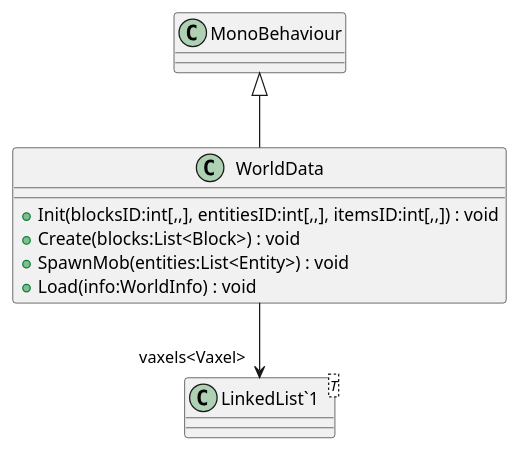
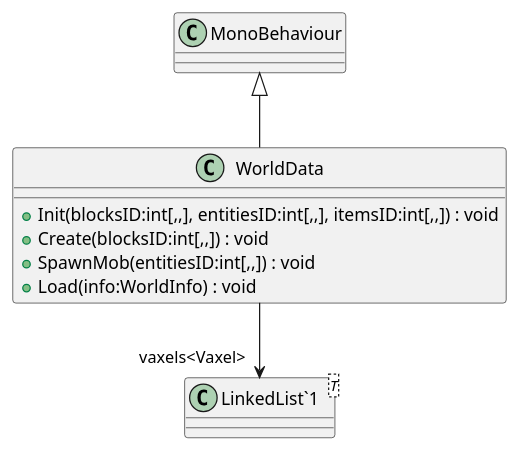
The diagram in plantuml/Scripts/Window/Play/World/WorldData.puml (Tanso-mct/Unity-Minecraft), drawn with PlantUML before and after one commit. The commit also changed 9 other files, not shown here.

Commit message:
[update]クラス図の整理と作成。

```diff
--- a/plantuml/Scripts/Window/Play/World/WorldData.puml
+++ b/plantuml/Scripts/Window/Play/World/WorldData.puml
@@ -1,12 +1,12 @@
 @startuml
 class WorldData {
     + Init(blocksID:int[,,], entitiesID:int[,,], itemsID:int[,,]) : void
-    + Create(blocks:List<Block>) : void
-    + SpawnMob(entities:List<Entity>) : void
+    + Create(blocksID:int[,,]) : void
+    + SpawnMob(entitiesID:int[,,]) : void
     + Load(info:WorldInfo) : void
 }
 class "LinkedList`1"<T> {
 }
 MonoBehaviour <|-- WorldData
 WorldData --> "vaxels<Vaxel>" "LinkedList`1"
 @enduml
```
